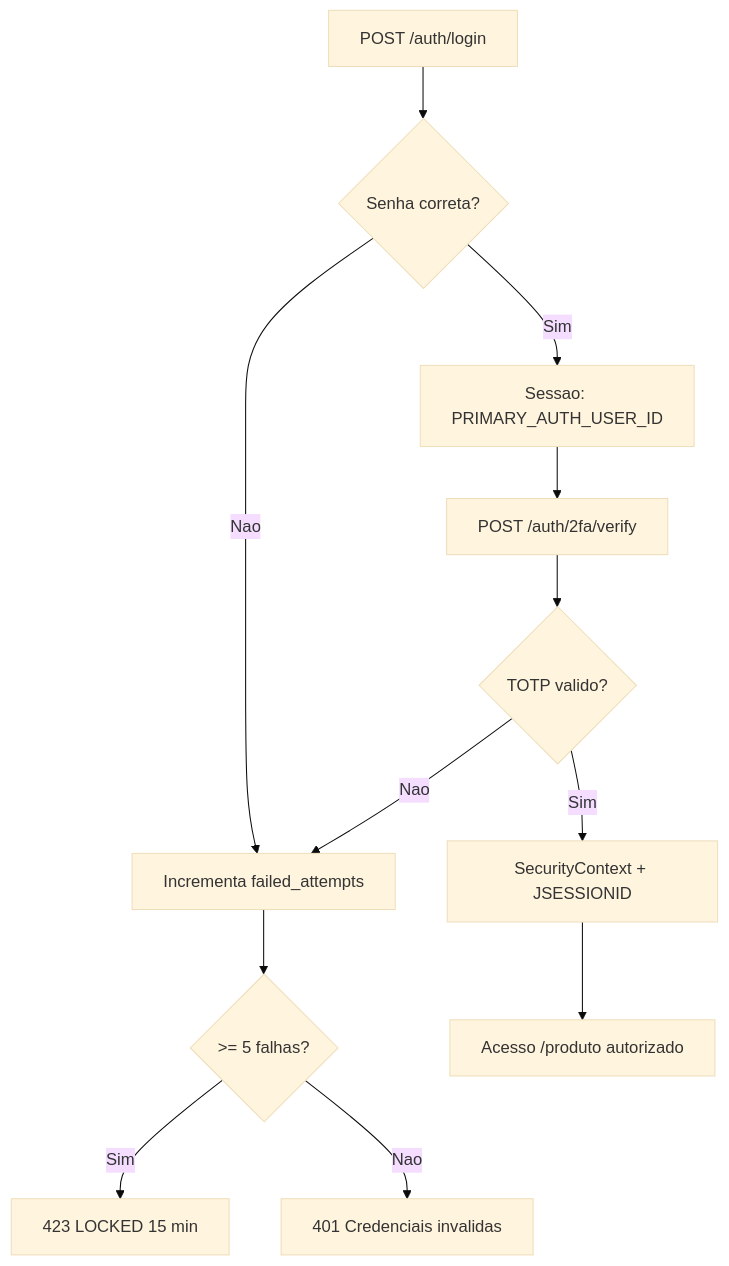
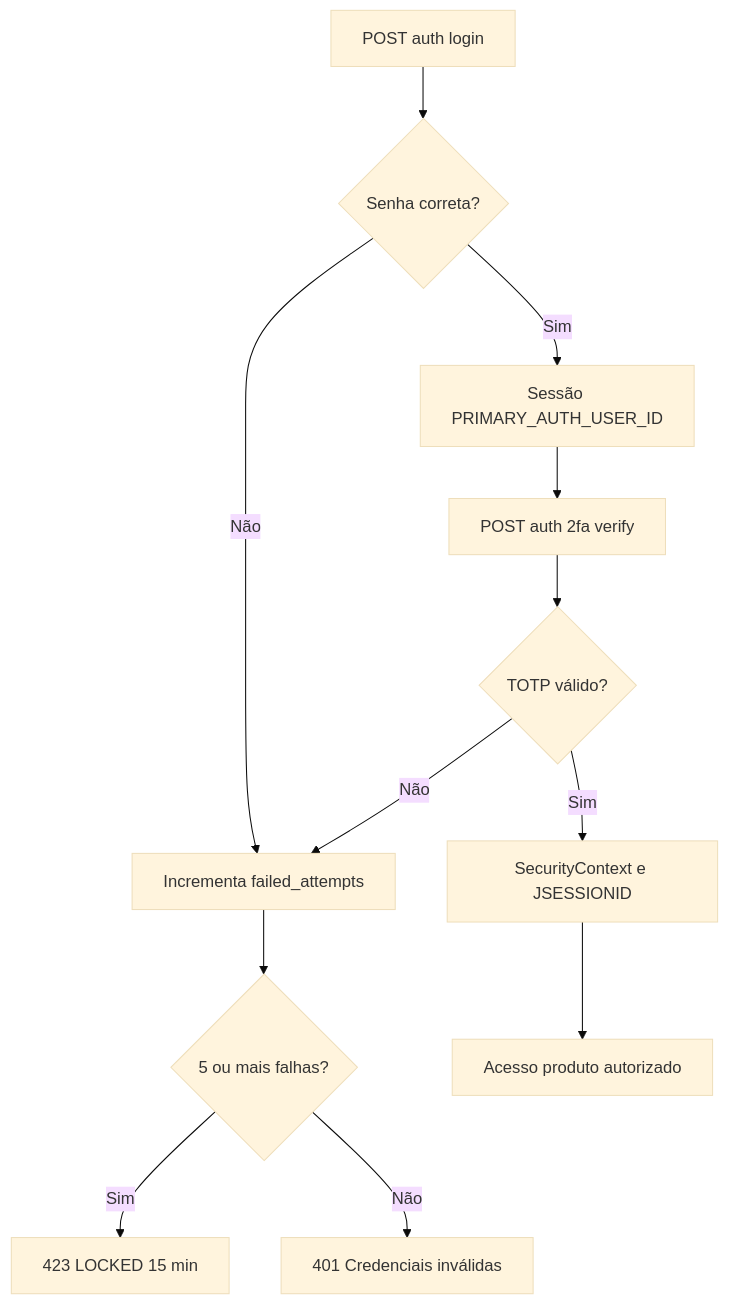
Before and after one commit to VictorHCSampaio/crud-springboot: the second of 2 diagrams in docs/risk-analysis.md, drawn with Mermaid (base theme). The commit also changed other lines of this file and 6 other files, not shown here.

````diff
--- a/docs/risk-analysis.md
+++ b/docs/risk-analysis.md
@@ -124,14 +124,14 @@
 ```mermaid
 flowchart TD
-    A[POST /auth/login] --> B{Senha correta?}
-    B -->|Nao| C[Incrementa failed_attempts]
-    C --> D{>= 5 falhas?}
-    D -->|Sim| E[423 LOCKED 15 min]
-    D -->|Nao| F[401 Credenciais invalidas]
-    B -->|Sim| G[Sessao: PRIMARY_AUTH_USER_ID]
-    G --> H[POST /auth/2fa/verify]
-    H --> I{TOTP valido?}
-    I -->|Nao| C
-    I -->|Sim| J[SecurityContext + JSESSIONID]
-    J --> K[Acesso /produto autorizado]
+    A["POST auth login"] --> B{Senha correta?}
+    B -->|Não| C[Incrementa failed_attempts]
+    C --> D{5 ou mais falhas?}
+    D -->|Sim| E["423 LOCKED 15 min"]
+    D -->|Não| F["401 Credenciais inválidas"]
+    B -->|Sim| G["Sessão PRIMARY_AUTH_USER_ID"]
+    G --> H["POST auth 2fa verify"]
+    H --> I{TOTP válido?}
+    I -->|Não| C
+    I -->|Sim| J["SecurityContext e JSESSIONID"]
+    J --> K["Acesso produto autorizado"]
 ```
````
